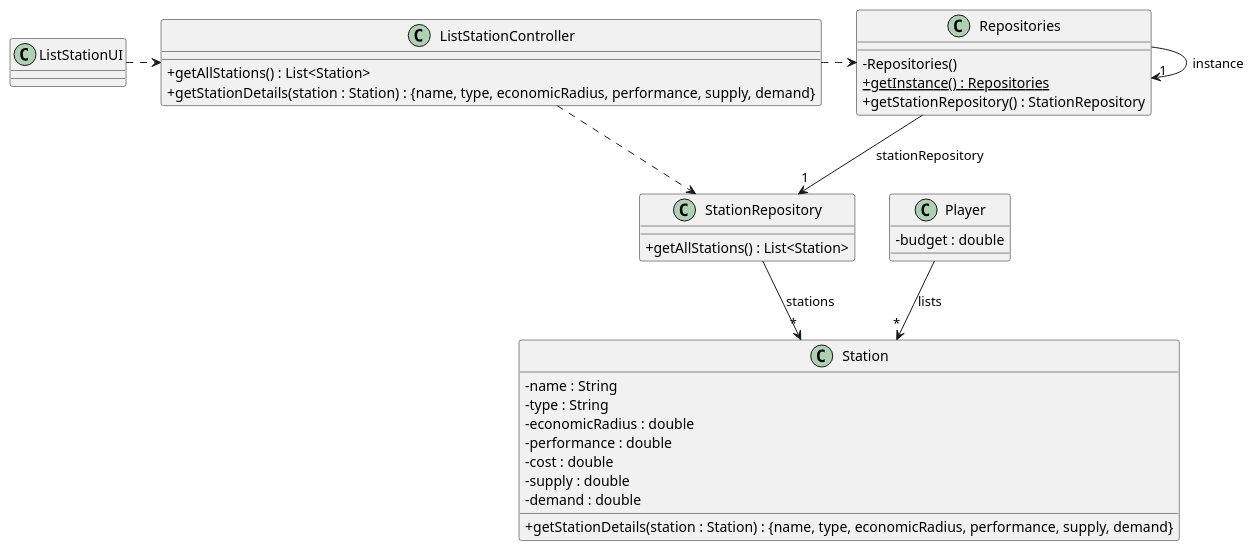
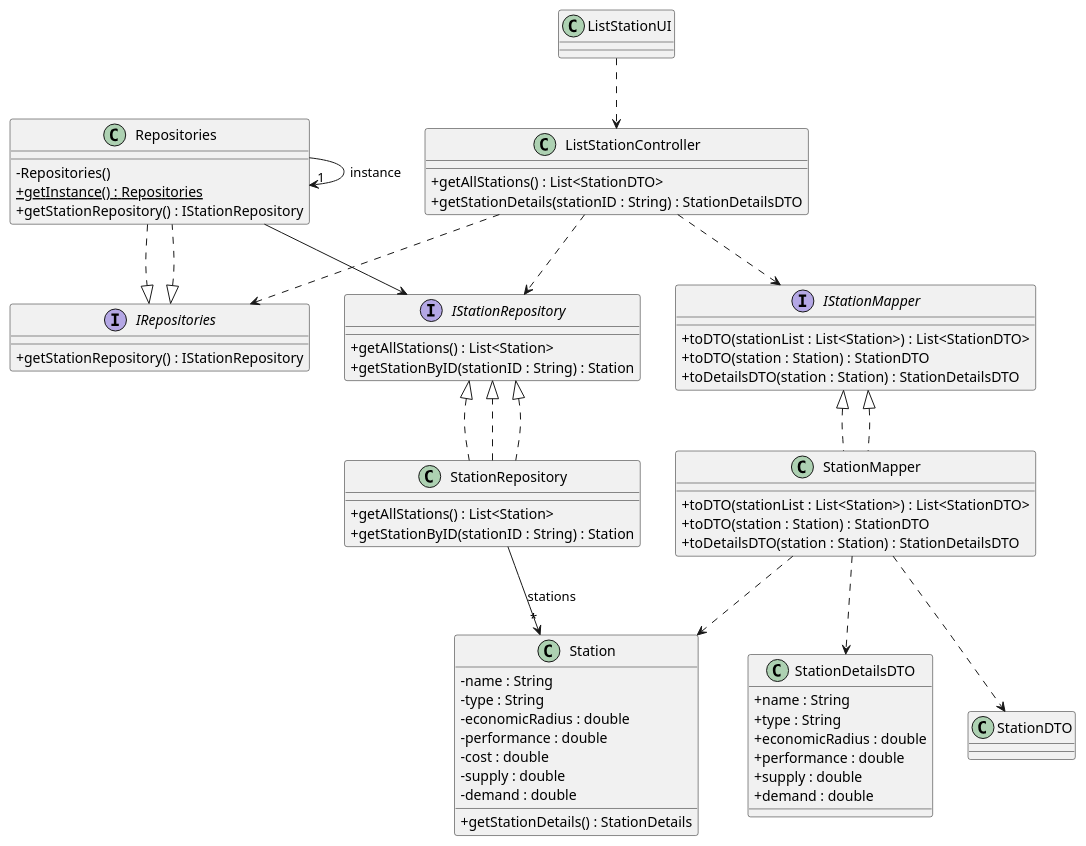
One commit to Educ00/mdisc-2425 changed the diagram in docs/system-documentation/sprint 3/US07/03.design/puml/US07-CD.puml. Above: the diagram before and after it, drawn with PlantUML. The commit also changed 4 other files, not shown here.

```diff
--- a/docs/system-documentation/sprint 3/US07/03.design/puml/US07-CD.puml
+++ b/docs/system-documentation/sprint 3/US07/03.design/puml/US07-CD.puml
@@ -1,49 +1,83 @@
 @startuml
-        skinparam packageStyle rectangle
-        skinparam shadowing false
-        skinparam linetype polyline
-        skinparam classAttributeIconSize 0
+skinparam packageStyle rectangle
+skinparam shadowing false
+skinparam linetype polyline
+skinparam classAttributeIconSize 0
 
-        class Player {
-            - budget : double
-        }
+class ListStationUI {
+}
 
-        class ListStationUI {
-        }
+class ListStationController {
+    + getAllStations() : List<StationDTO>
+    + getStationDetails(stationID : String) : StationDetailsDTO
+}
 
-        class ListStationController {
-            + getAllStations() : List<Station>
-            + getStationDetails(station : Station) : {name, type, economicRadius, performance, supply, demand}
-        }
+interface IRepositories {
+    + getStationRepository() : IStationRepository
+}
+class Repositories implements IRepositories {
+    - Repositories()
+    + {static} getInstance() : Repositories
+    + getStationRepository() : IStationRepository
+}
 
-        class StationRepository {
-            + getAllStations() : List<Station>
-        }
+interface IStationRepository {
+    + getAllStations() : List<Station>
+    + getStationByID(stationID : String) : Station
+}
+class StationRepository implements IStationRepository {
+    + getAllStations() : List<Station>
+    + getStationByID(stationID : String) : Station
+}
 
-        class Station {
-            - name : String
-            - type : String
-            - economicRadius : double
-            - performance : double
-            - cost : double
-            - supply : double
-            - demand : double
-            + getStationDetails(station : Station) : {name, type, economicRadius, performance, supply, demand}
-        }
+interface IStationMapper {
+    + toDTO(stationList : List<Station>) : List<StationDTO>
+    + toDTO(station : Station) : StationDTO
+    + toDetailsDTO(station : Station) : StationDetailsDTO
+}
+class StationMapper implements IStationMapper {
+    + toDTO(stationList : List<Station>) : List<StationDTO>
+    + toDTO(station : Station) : StationDTO
+    + toDetailsDTO(station : Station) : StationDetailsDTO
+}
 
-        class Repositories {
-            - Repositories()
-            + {static} getInstance() : Repositories
-            + getStationRepository() : StationRepository
-        }
+class Station {
+    - name : String
+    - type : String
+    - economicRadius : double
+    - performance : double
+    - cost : double
+    - supply : double
+    - demand : double
+    + getStationDetails() : StationDetails
+}
 
+class StationDTO {
+}
 
-        Player --> "*" Station : lists
-        Repositories -> "1" Repositories : instance
-        ListStationUI .> ListStationController
-        ListStationController .> Repositories
-        ListStationController .> StationRepository
-        Repositories --> "1" StationRepository : stationRepository
-        StationRepository --> "*" Station : stations
+class StationDetailsDTO {
+    + name : String
+    + type : String
+    + economicRadius : double
+    + performance : double
+    + supply : double
+    + demand : double
+}
 
-        @enduml
+ListStationUI ..> ListStationController
+ListStationController ..> IRepositories
+Repositories ..|> IRepositories
+Repositories --> IStationRepository
+StationRepository ..|> IStationRepository
+ListStationController ..> IStationRepository
+ListStationController ..> IStationMapper
+IStationMapper <|.. StationMapper
+StationMapper ..> Station
+StationMapper ..> StationDTO
+StationMapper ..> StationDetailsDTO
+IStationRepository <|.. StationRepository
+StationRepository --> "*" Station : stations
+
+Repositories -> "1" Repositories : instance
+
+@enduml
```
